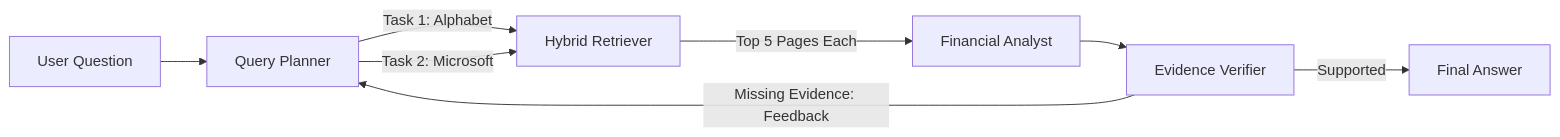
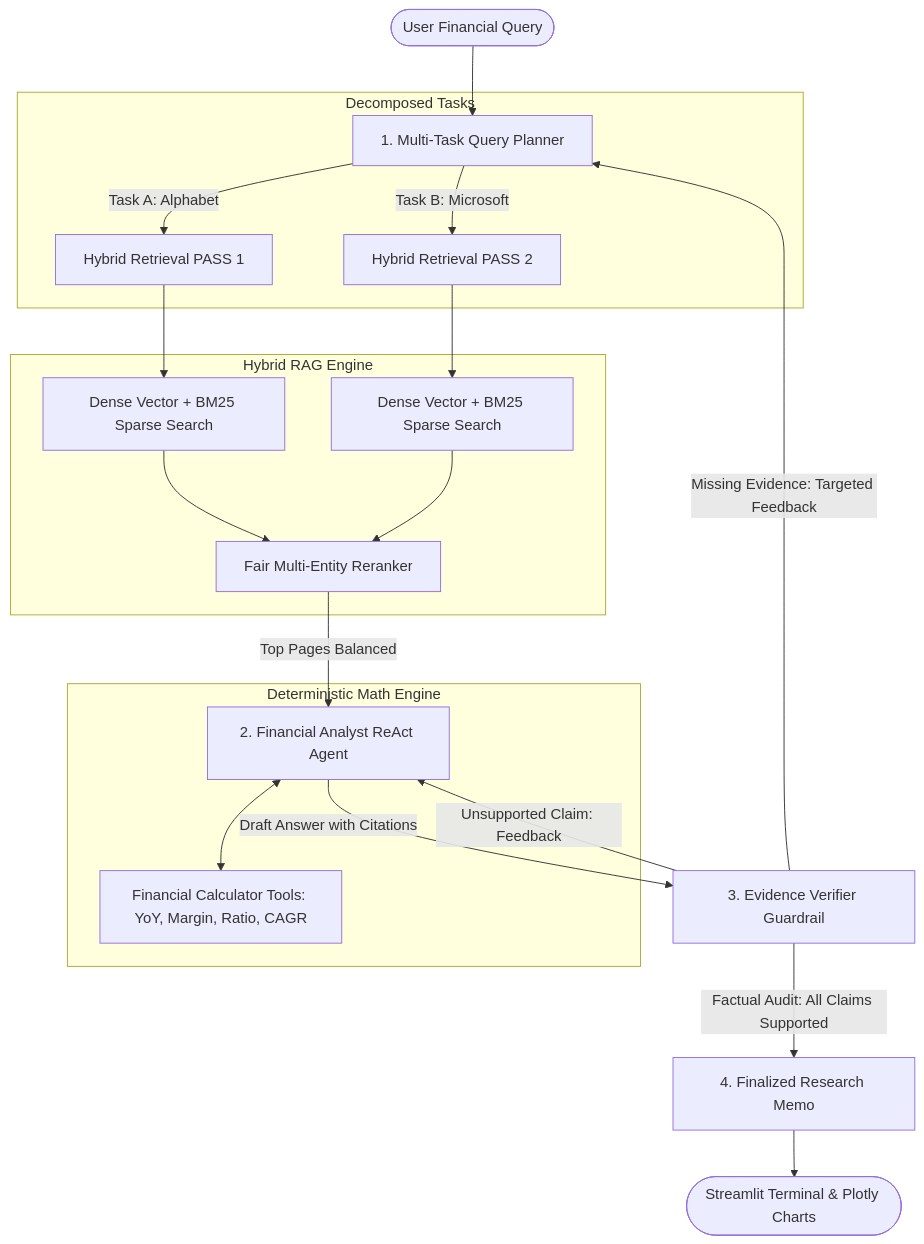
Before and after one commit to lmg136-ua/finsight: the diagram in README.md, drawn with Mermaid. The commit also changed other lines of this file and 20 other files, not shown here.

Commit message:
feat: complete institutional agentic upgrade, fix TOC bug, add Streamlit terminal, CI/CD, and test suite

````diff
--- a/README.md
+++ b/README.md
@@ -21,10 +31,30 @@
 ```mermaid
-flowchart LR
-    A[User Question] --> B[Query Planner]
-    B -->|Task 1: Alphabet| C[Hybrid Retriever]
-    B -->|Task 2: Microsoft| C
-    C -->|Top 5 Pages Each| D[Financial Analyst]
-    D --> E[Evidence Verifier]
-    E -->|Supported| F[Final Answer]
-    E -->|Missing Evidence: Feedback| B
+flowchart TD
+    User([User Financial Query]) --> Planner[1. Multi-Task Query Planner]
+    
+    subgraph Decomposed Tasks
+        Planner -->|Task A: Alphabet| RetA[Hybrid Retrieval PASS 1]
+        Planner -->|Task B: Microsoft| RetB[Hybrid Retrieval PASS 2]
+    end
+
+    subgraph Hybrid RAG Engine
+        RetA --> SearchA[Dense Vector + BM25 Sparse Search]
+        RetB --> SearchB[Dense Vector + BM25 Sparse Search]
+        SearchA --> FairRerank[Fair Multi-Entity Reranker]
+        SearchB --> FairRerank
+    end
+
+    FairRerank -->|Top Pages Balanced| Analyst[2. Financial Analyst ReAct Agent]
+    
+    subgraph Deterministic Math Engine
+        Analyst <--> Tools[Financial Calculator Tools: YoY, Margin, Ratio, CAGR]
+    end
+
+    Analyst -->|Draft Answer with Citations| Verifier[3. Evidence Verifier Guardrail]
+    
+    Verifier -->|Factual Audit: All Claims Supported| Finalizer[4. Finalized Research Memo]
+    Verifier -->|Missing Evidence: Targeted Feedback| Planner
+    Verifier -->|Unsupported Claim: Feedback| Analyst
+    
+    Finalizer --> Output([Streamlit Terminal & Plotly Charts])
 ```
````
